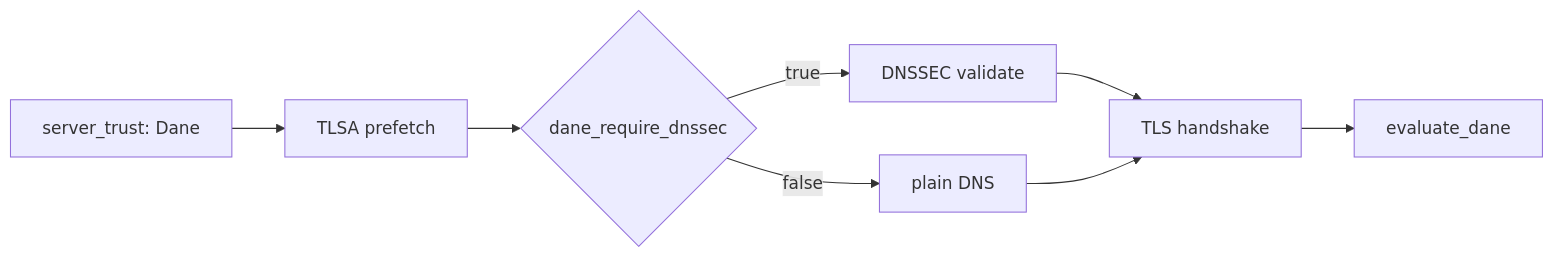
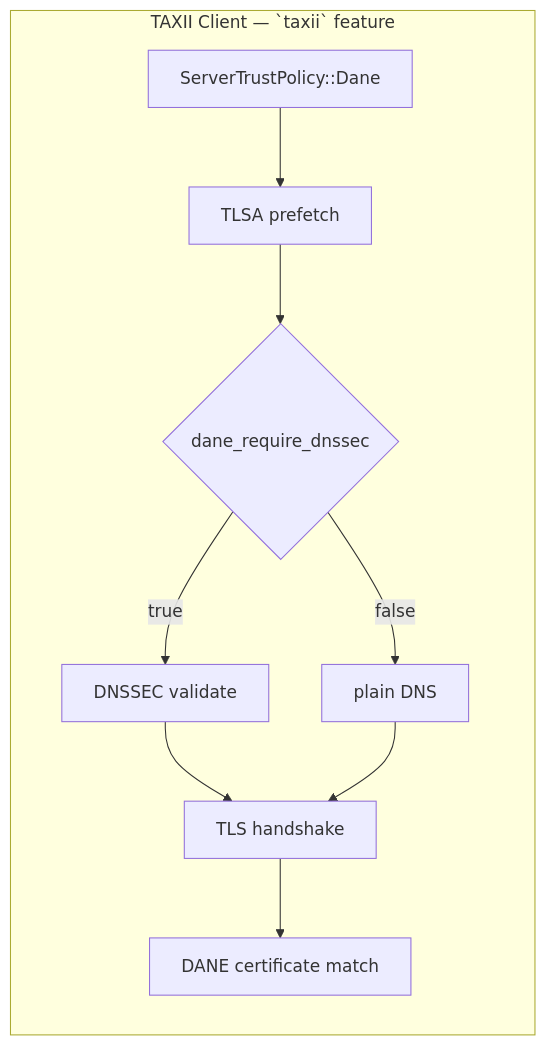
The third of 3 diagrams in crates/rstix/README.md (SecurityEnthusiast/rsigma), drawn with Mermaid before and after one commit. The commit also changed other lines of this file and 5 other files, not shown here.

````diff
--- a/crates/rstix/README.md
+++ b/crates/rstix/README.md
@@ -481,10 +505,12 @@
 ```mermaid
 flowchart LR
-    TRUST["server_trust: Dane"] --> TLSA["TLSA prefetch"]
-    TLSA --> DNSSEC{"dane_require_dnssec"}
-    DNSSEC -->|true| VAL["DNSSEC validate"]
-    DNSSEC -->|false| RAW["plain DNS"]
-    VAL --> HS["TLS handshake"]
-    RAW --> HS
-    HS --> MATCH["evaluate_dane"]
+    subgraph TAXII ["TAXII Client — `taxii` feature"]
+        TRUST["ServerTrustPolicy::Dane"] --> TLSA["TLSA prefetch"]
+        TLSA --> DNSSEC{"dane_require_dnssec"}
+        DNSSEC -->|true| VAL["DNSSEC validate"]
+        DNSSEC -->|false| RAW["plain DNS"]
+        VAL --> HS["TLS handshake"]
+        RAW --> HS
+        HS --> MATCH["DANE certificate match"]
+    end
 ```
````
